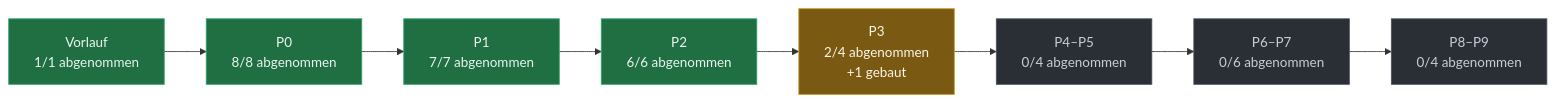
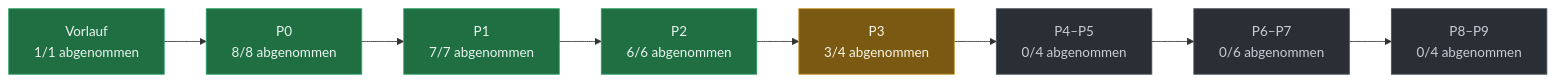
Before and after one commit to evenacadia-tech/Nakama: the diagram in docs/PLAN-STAND.md, drawn with Mermaid. The commit also changed other lines of this file and 5 other files, not shown here.

````diff
--- a/docs/PLAN-STAND.md
+++ b/docs/PLAN-STAND.md
@@ -35,21 +38,21 @@
 ```mermaid
 flowchart LR
   P0["Vorlauf<br/>1/1 abgenommen"]:::fertig
   P1["P0<br/>8/8 abgenommen"]:::fertig
   P0 --> P1
   P2["P1<br/>7/7 abgenommen"]:::fertig
   P1 --> P2
   P3["P2<br/>6/6 abgenommen"]:::fertig
   P2 --> P3
-  P4["P3<br/>2/4 abgenommen<br/>+1 gebaut"]:::laeuft
+  P4["P3<br/>3/4 abgenommen"]:::laeuft
   P3 --> P4
   P5["P4–P5<br/>0/4 abgenommen"]:::offen
   P4 --> P5
   P6["P6–P7<br/>0/6 abgenommen"]:::offen
   P5 --> P6
   P7["P8–P9<br/>0/4 abgenommen"]:::offen
   P6 --> P7
   classDef fertig fill:#1f6f43,stroke:#2ea36a,color:#eaf6ef
   classDef laeuft fill:#7a5a12,stroke:#c99a2e,color:#fdf6e6
   classDef offen  fill:#2a2f36,stroke:#4a525c,color:#c7ced8
 ```
````
